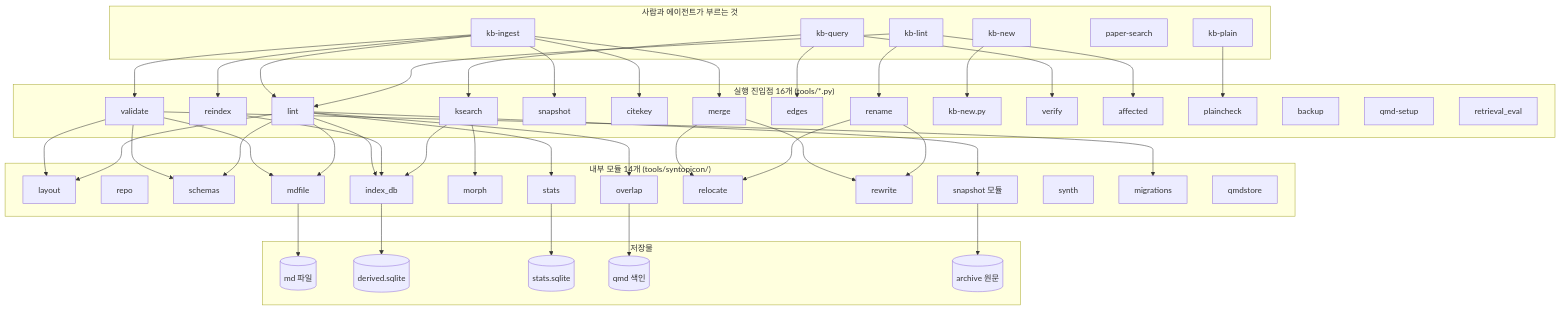
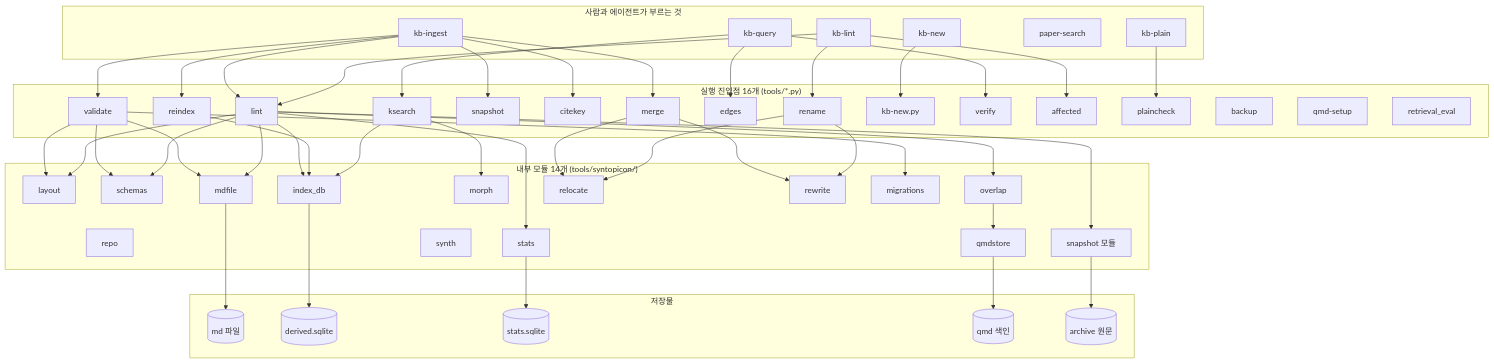
The first of 3 diagrams in core/.agents/review/01-관계.md (alteralab/syntopicon), drawn with Mermaid before and after one commit. The commit also changed 1 other file, not shown here.

Commit message:
core/skills: 스킬별 종속을 깊이별로 갈라 다시 씀
한 그림에 세 깊이를 담으니 도구 아홉이 모듈 여덟을 겹쳐 써서 선이 엉켰다. 깊이
하나에 그림 하나를 두고, 겹치는 자리는 표로 바꿨다. 표는 선이 겹치지 않는다.

다시 그리면서 앞 판의 오류 둘을 찾았다. rewrite 는 파일을 열지 않고 문자열만
주고받는데 md 파일을 연다고 그렸고, overlap 은 qmdstore 를 거치는데 그 다리를
건너뛰었다. 둘 다 낱말로 찾아서 생긴 잘못이라, 실제 여는 함수를 보라는 주의를
문서에 남겼다.

````diff
--- a/core/.agents/review/01-관계.md
+++ b/core/.agents/review/01-관계.md
@@ -5,74 +5,74 @@
 ```mermaid
 graph TD
     subgraph L1["사람과 에이전트가 부르는 것"]
         S1[kb-ingest]
         S2[kb-query]
         S3[kb-lint]
         S4[kb-new]
         S5[paper-search]
         S6[kb-plain]
     end
 
     subgraph L2["실행 진입점 16개 (tools/*.py)"]
         T1[validate]
         T2[lint]
         T3[reindex]
         T4[merge]
         T5[snapshot]
         T6[citekey]
         T7[ksearch]
         T8[edges]
         T9[rename]
         T10[kb-new.py]
         T11[verify]
         T12[affected]
         T13[plaincheck]
         T14[backup]
         T15[qmd-setup]
         T16[retrieval_eval]
     end
 
     subgraph L3["내부 모듈 14개 (tools/syntopicon/)"]
         M1[layout]
         M2[repo]
         M3[schemas]
         M4[mdfile]
         M5[index_db]
         M6[morph]
         M7[overlap]
         M8[snapshot 모듈]
         M9[relocate]
         M10[rewrite]
         M11[stats]
         M12[synth]
         M13[migrations]
         M14[qmdstore]
     end
 
     subgraph L4["저장물"]
         D1[(md 파일)]
         D2[(derived.sqlite)]
         D3[(stats.sqlite)]
         D4[(qmd 색인)]
         D5[(archive 원문)]
     end
 
     S1 --> T5 & T6 & T1 & T4 & T3 & T2
     S2 --> T7 & T8 & T11
     S3 --> T2 & T12 & T9
     S4 --> T10
     S6 --> T13
 
     T1 --> M3 & M4 & M1 & M13
     T2 --> M5 & M3 & M8 & M11 & M7 & M4 & M1
     T3 --> M5
     T7 --> M5 & M6
     T4 --> M9 & M10
     T9 --> M9 & M10
 
     M5 --> D2
-    M7 --> D4
+    M7 --> M14 --> D4
     M11 --> D3
     M8 --> D5
     M4 --> D1
 ```
````
